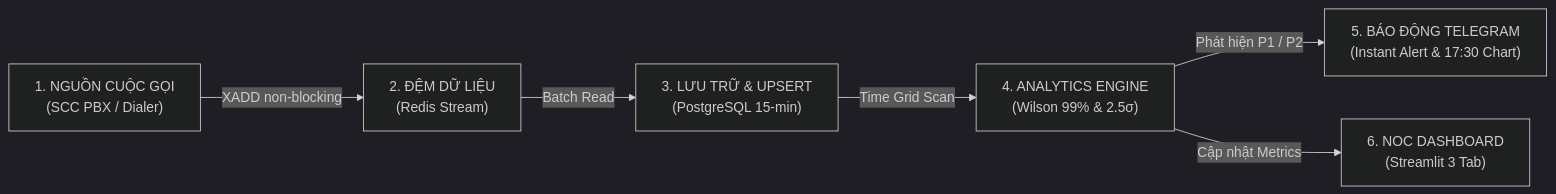
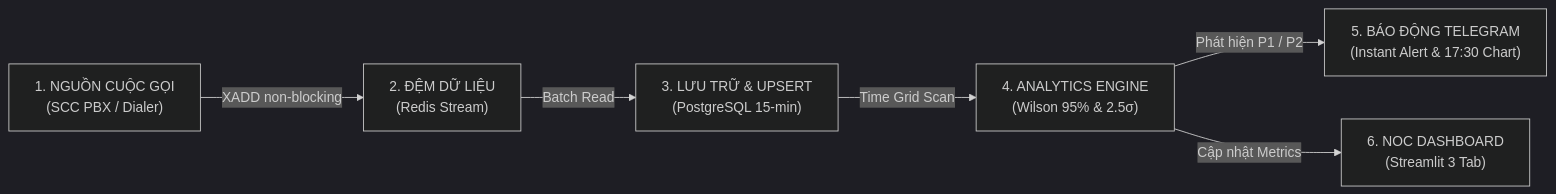
One commit to MinhTran110/scc-anomaly-detection changed the diagram in README.md. Above: the diagram before and after it, drawn with Mermaid (dark theme). The commit also changed other lines of this file, not shown here.

Commit message:
docs: Align README with actual codebase architecture and Wilson 95% threshold

````diff
--- a/README.md
+++ b/README.md
@@ -18,8 +18,8 @@
 ```mermaid
 flowchart LR
     A["1. NGUỒN CUỘC GỌI\n(SCC PBX / Dialer)"] -->|XADD non-blocking| B["2. ĐỆM DỮ LIỆU\n(Redis Stream)"]
     B -->|Batch Read| C["3. LƯU TRỮ & UPSERT\n(PostgreSQL 15-min)"]
-    C -->|Time Grid Scan| D["4. ANALYTICS ENGINE\n(Wilson 99% & 2.5σ)"]
+    C -->|Time Grid Scan| D["4. ANALYTICS ENGINE\n(Wilson 95% & 2.5σ)"]
     D -->|Phát hiện P1 / P2| E["5. BÁO ĐỘNG TELEGRAM\n(Instant Alert & 17:30 Chart)"]
     D -->|Cập nhật Metrics| F["6. NOC DASHBOARD\n(Streamlit 3 Tab)"]
 ```
````
